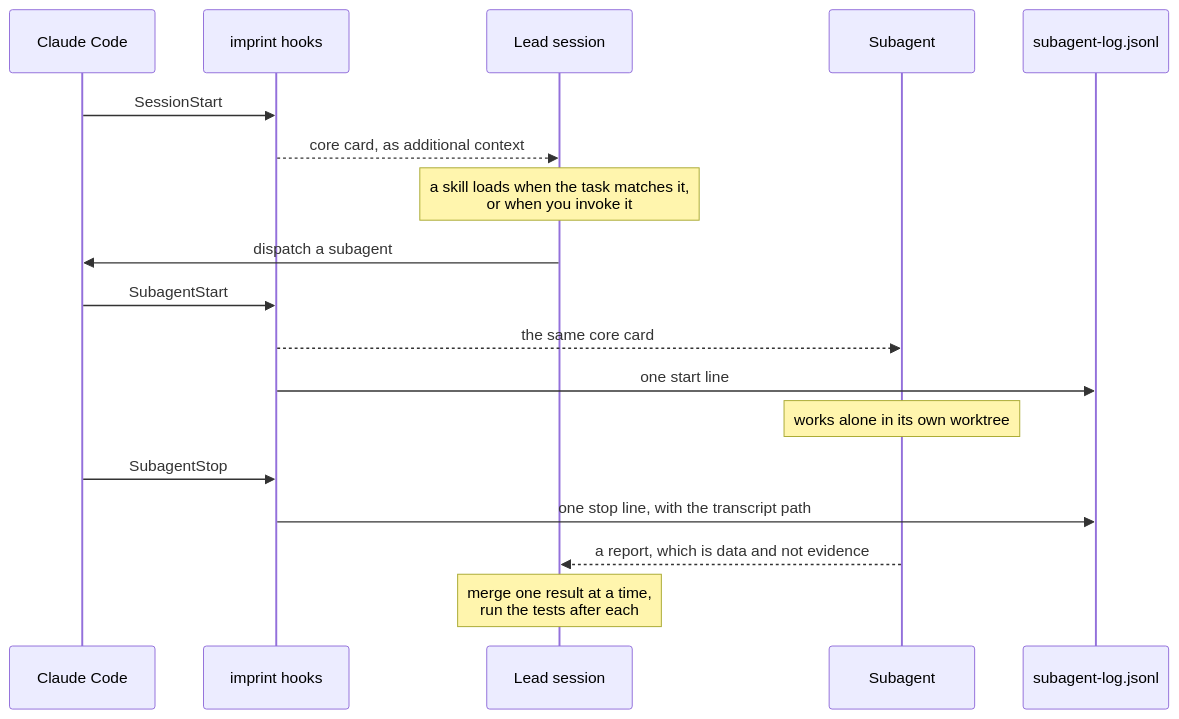
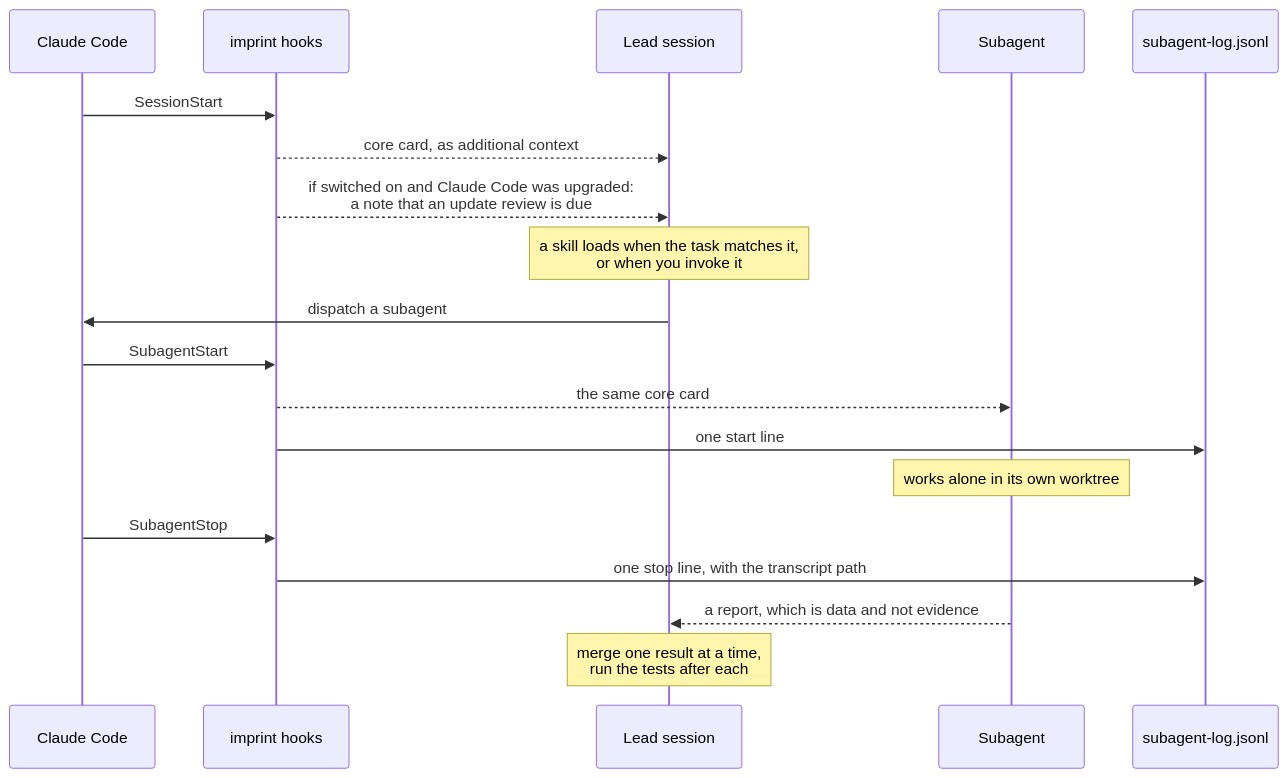
The diagram in README.md (mankind806/imprint-core), drawn with Mermaid before and after one commit. The commit also changed other lines of this file and 7 other files, not shown here.

````diff
--- a/README.md
+++ b/README.md
@@ -47,20 +47,21 @@
 ```mermaid
 sequenceDiagram
     participant CC as Claude Code
     participant H as imprint hooks
     participant L as Lead session
     participant S as Subagent
     participant Log as subagent-log.jsonl
     CC->>H: SessionStart
     H-->>L: core card, as additional context
+    H-->>L: if switched on and Claude Code was upgraded:<br/>a note that an update review is due
     Note over L: a skill loads when the task matches it,<br/>or when you invoke it
     L->>CC: dispatch a subagent
     CC->>H: SubagentStart
     H-->>S: the same core card
     H->>Log: one start line
     Note over S: works alone in its own worktree
     CC->>H: SubagentStop
     H->>Log: one stop line, with the transcript path
     S-->>L: a report, which is data and not evidence
     Note over L: merge one result at a time,<br/>run the tests after each
 ```
````
